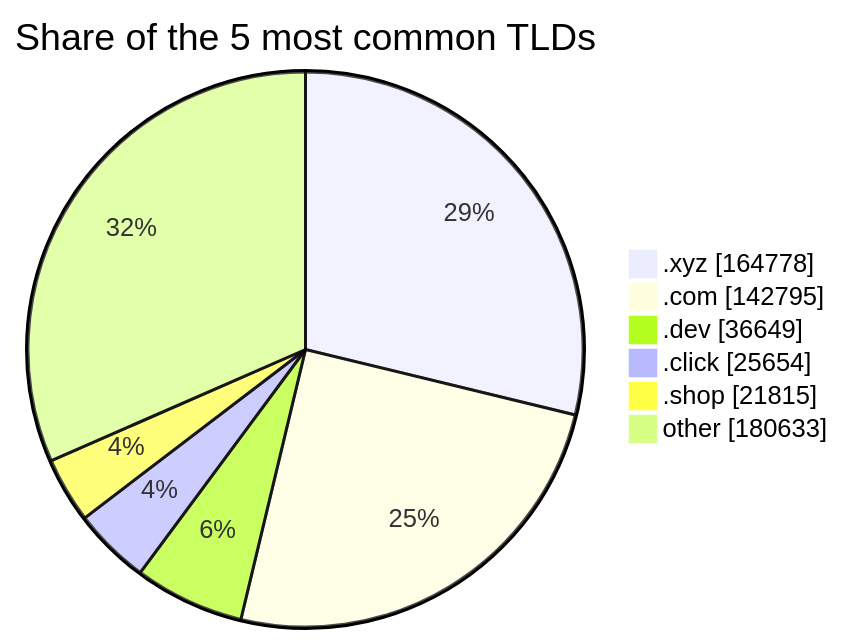
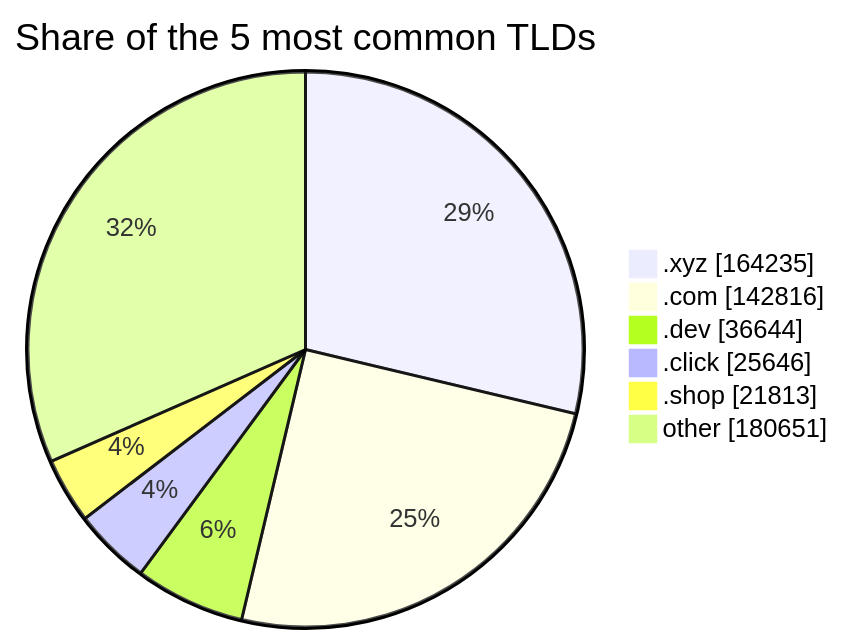
One commit to DNSBunker/CTI changed the third of 3 diagrams in README.md. Above: the diagram before and after it, drawn with Mermaid. The commit also changed other lines of this file and 3 other files, not shown here.

````diff
--- a/README.md
+++ b/README.md
@@ -81,9 +81,9 @@
 ```mermaid
 pie showData title Share of the 5 most common TLDs
-    ".xyz" : 164778
-    ".com" : 142795
-    ".dev" : 36649
-    ".click" : 25654
-    ".shop" : 21815
-    "other" : 180633
+    ".xyz" : 164235
+    ".com" : 142816
+    ".dev" : 36644
+    ".click" : 25646
+    ".shop" : 21813
+    "other" : 180651
 ```
````
